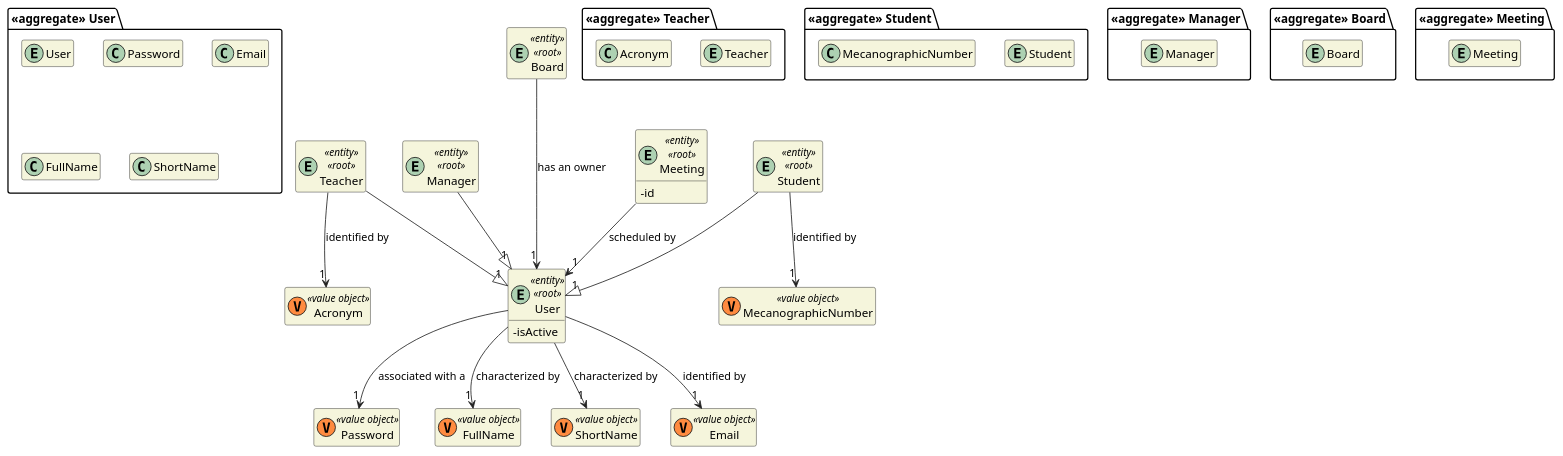
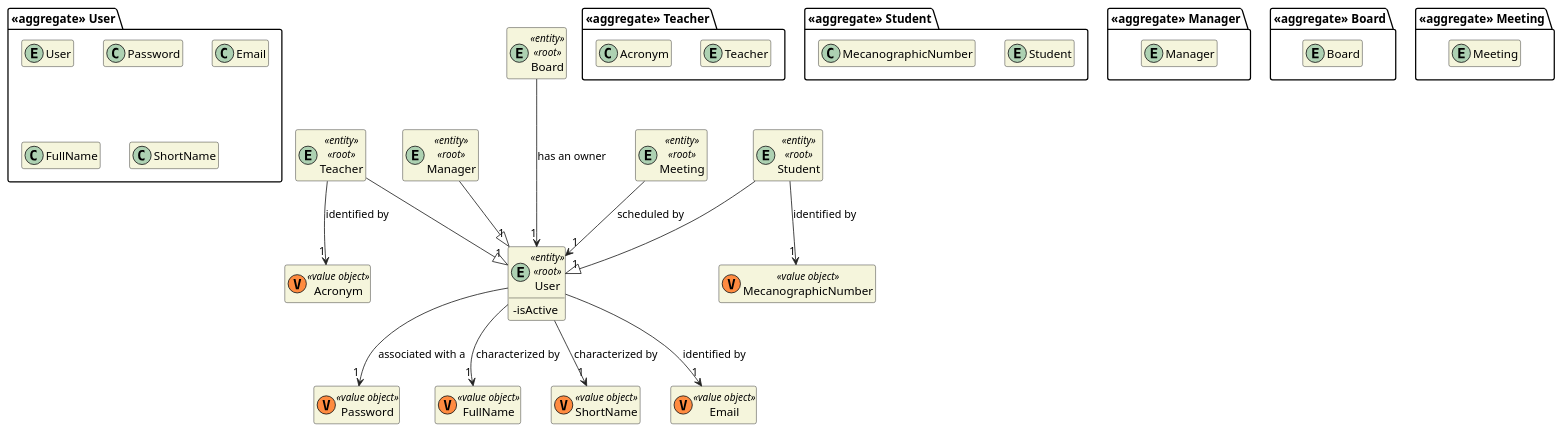
Before and after one commit to miseEnPlace-dev/lapr4: the diagram in docs/dm/DM_User.puml, drawn with PlantUML. The commit also changed 1 other file, not shown here.

```diff
--- a/docs/dm/DM_User.puml
+++ b/docs/dm/DM_User.puml
@@ -1,89 +1,88 @@
 @startuml DM-USER
 'https://plantuml.com/class-diagram
 
 skinparam classAttributeIconSize 0
 hide empty attributes
 hide empty methods
 skinparam classBackgroundColor beige
 skinparam ArrowColor #222222
 
 package "<<aggregate>> User" {
   entity User
   class Password
   class Email
   class FullName
   class ShortName
 }
 
 entity User <<entity>> <<root>> {
   - isActive
 }
 
 entity User
 
 class Password <<(V,#FF8B40) value object>> {}
 class FullName <<(V,#FF8B40) value object>> {}
 class ShortName <<(V,#FF8B40) value object>> {}
 class Email <<(V,#FF8B40) value object>> {}
 
 User --> "1" Password : associated with a
 User --> "1" FullName : characterized by
 User --> "1" ShortName : characterized by
 User --> "1" Email : identified by
 
 package "<<aggregate>> Teacher" {
   entity Teacher
   class Acronym
 }
 
 
 entity Teacher <<entity>> <<root>> {
 }
 
 package "<<aggregate>> Student" {
   entity Student
   class MecanographicNumber
 }
 
 
 entity Student <<entity>> <<root>> {
 }
 
 package "<<aggregate>> Manager" {
   entity Manager
 }
 
 entity Manager <<entity>> <<root>> {
 }
 
 package "<<aggregate>> Board" {
   entity Board
 }
 
 entity Board <<entity>> <<root>> {
 }
 
 package "<<aggregate>> Meeting" {
   entity Meeting
 }
 
 entity Meeting <<entity>> <<root>> {
-  - id
 }
 
 class Acronym <<(V,#FF8B40) value object>> {}
 class MecanographicNumber <<(V,#FF8B40) value object>> {}
 
 Student --> "1" MecanographicNumber : identified by
 ' Sprint 1 clarifications - question 18: "I think it would be wise to enforce that acronyms be unique" -> identified by
 Teacher --> "1" Acronym : identified by
 
 Teacher --|> "1" User
 Student --|> "1" User
 Manager --|> "1" User
 
 Board ---> "1" User : has an owner
 
 Meeting --> "1" User : scheduled by
 
 @enduml
```
